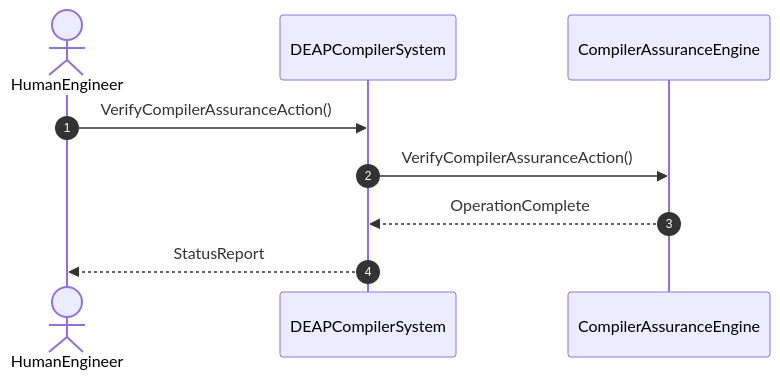
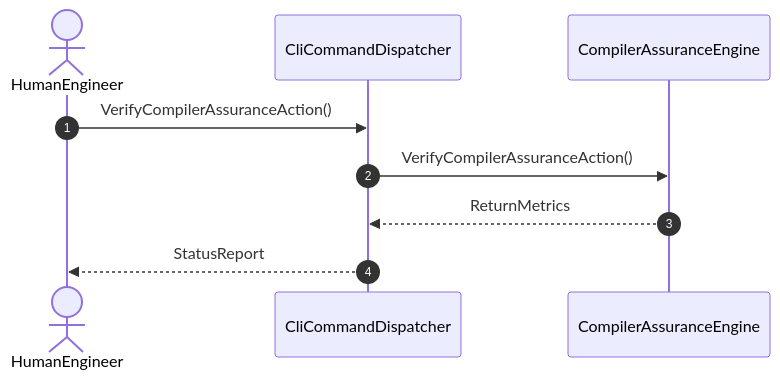
The diagram in docs/user-stories/US-12-VerifyCompilerAssuranceAction.md (gintatkinson/dumpiler-01), drawn with Mermaid before and after one commit. The commit also changed other lines of this file and 45 other files, not shown here.

````diff
--- a/docs/user-stories/US-12-VerifyCompilerAssuranceAction.md
+++ b/docs/user-stories/US-12-VerifyCompilerAssuranceAction.md
@@ -16,11 +16,11 @@
 ```mermaid
 sequenceDiagram
     autonumber
     actor HumanEngineer
-    participant DEAPCompilerSystem
+    participant CliCommandDispatcher
     participant CompilerAssuranceEngine
-    HumanEngineer->>DEAPCompilerSystem: VerifyCompilerAssuranceAction()
-    DEAPCompilerSystem->>CompilerAssuranceEngine: VerifyCompilerAssuranceAction()
-    CompilerAssuranceEngine-->>DEAPCompilerSystem: OperationComplete
-    DEAPCompilerSystem-->>HumanEngineer: StatusReport
+    HumanEngineer->>CliCommandDispatcher: VerifyCompilerAssuranceAction()
+    CliCommandDispatcher->>CompilerAssuranceEngine: VerifyCompilerAssuranceAction()
+    CompilerAssuranceEngine-->>CliCommandDispatcher: ReturnMetrics
+    CliCommandDispatcher-->>HumanEngineer: StatusReport
 ```
````
